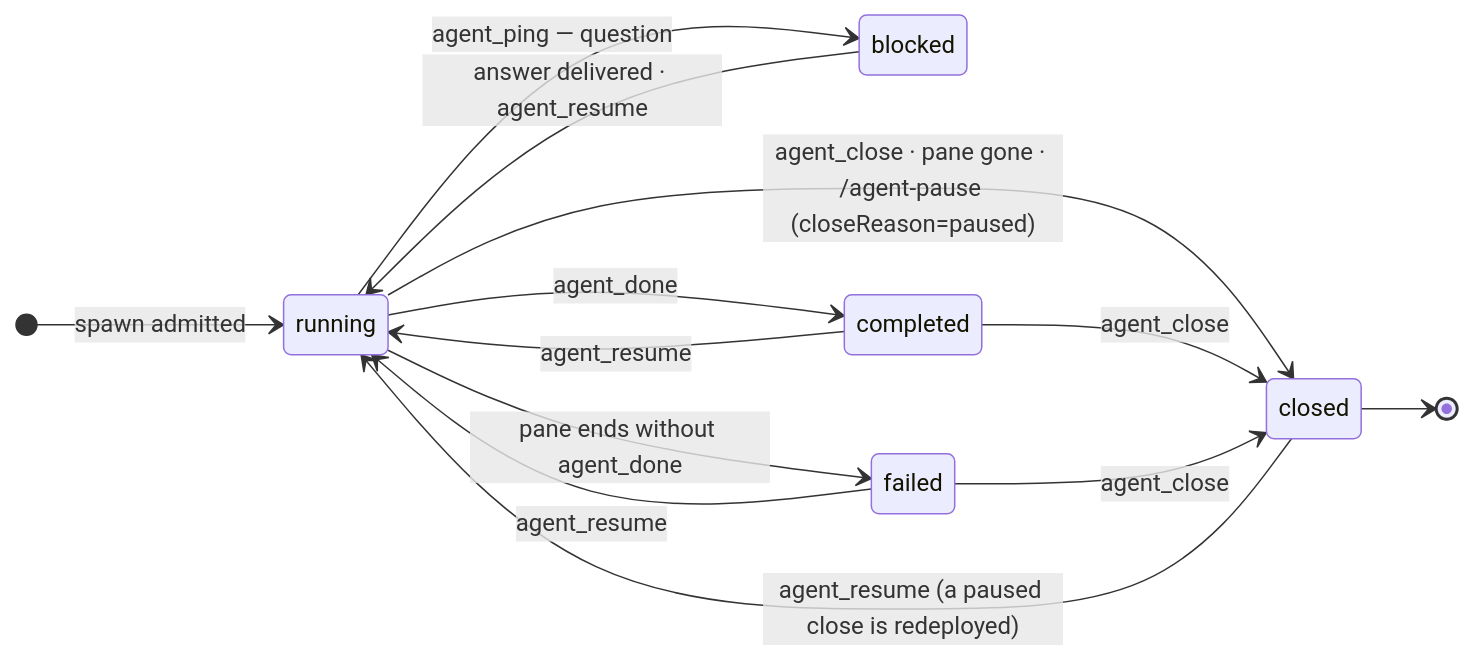
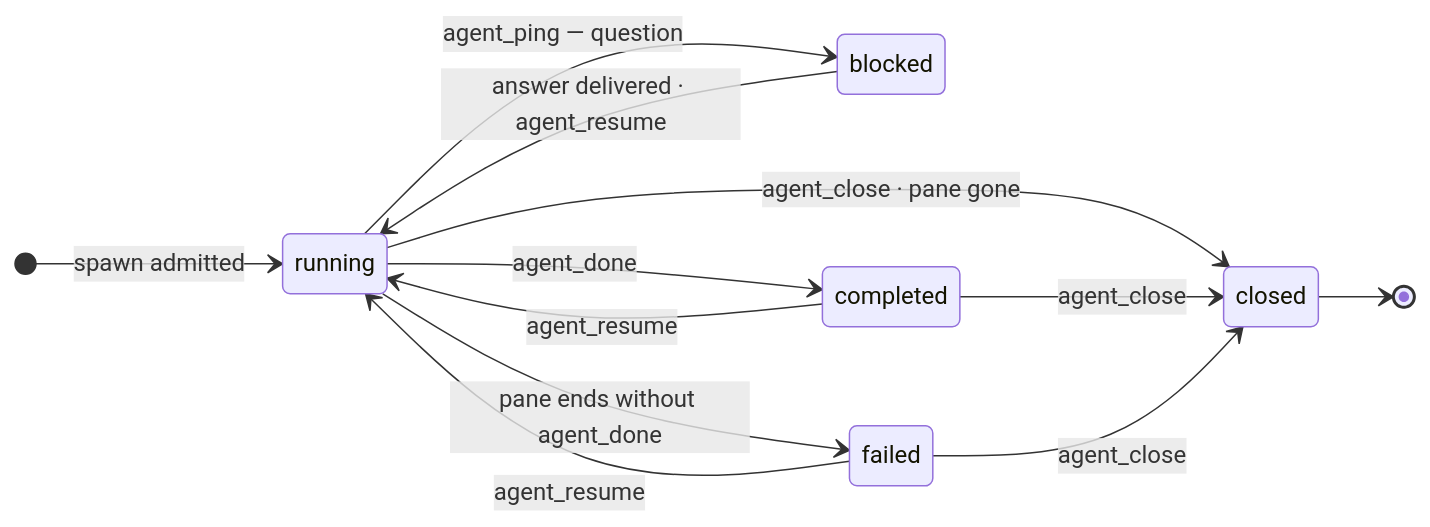
One commit to 0xfzz/my-pi-setup changed the second of 2 diagrams in docs/delegation.md. Above: the diagram before and after it, drawn with Mermaid. The commit also changed other lines of this file and 6 other files, not shown here.

````diff
--- a/docs/delegation.md
+++ b/docs/delegation.md
@@ -107,16 +219,15 @@
 ```mermaid
 stateDiagram-v2
     direction LR
     [*] --> running: spawn admitted
     running --> blocked: agent_ping — question
     blocked --> running: answer delivered · agent_resume
     running --> completed: agent_done
     running --> failed: pane ends without agent_done
-    running --> closed: agent_close · pane gone · /agent-pause (closeReason=paused)
+    running --> closed: agent_close · pane gone
     completed --> running: agent_resume
     failed --> running: agent_resume
     completed --> closed: agent_close
     failed --> closed: agent_close
-    closed --> running: agent_resume (a paused close is redeployed)
     closed --> [*]
 ```
````
